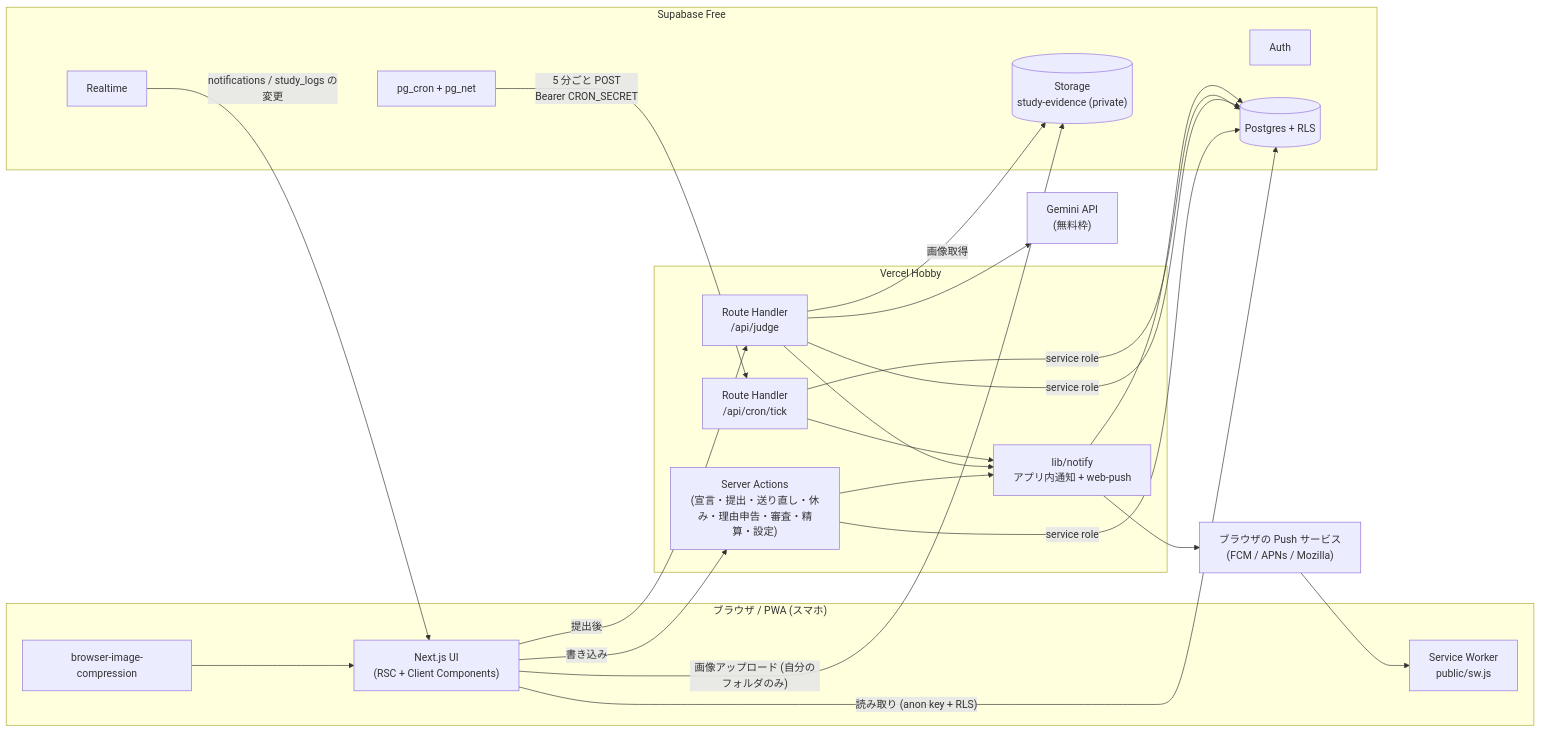
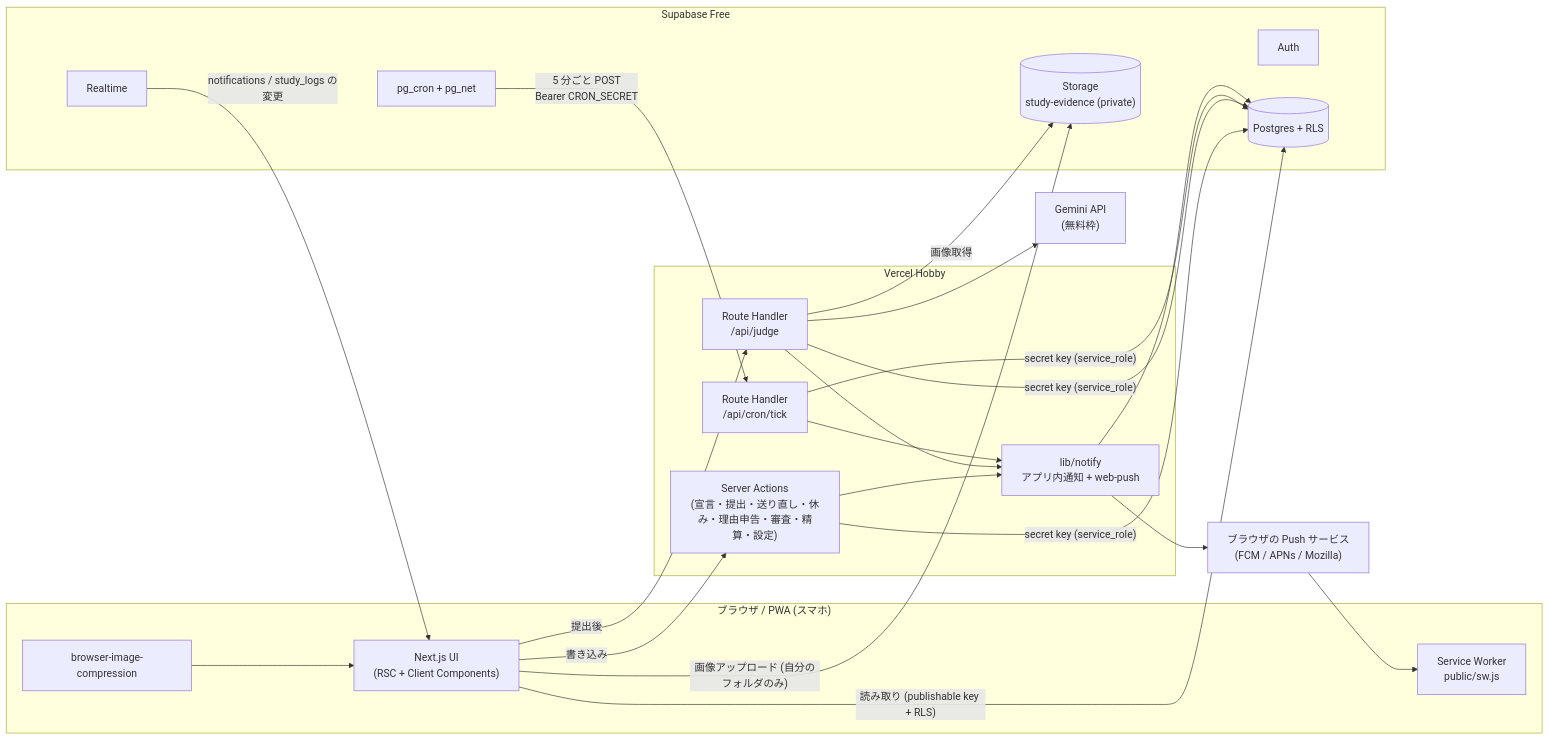
One commit to ashilal1/force-study-app changed the first of 6 diagrams in docs/architecture.md. Above: the diagram before and after it, drawn with Mermaid. The commit also changed other lines of this file and 26 other files, not shown here.

First line of the commit message:
feat: M1 foundation - deps, shadcn/ui, Supabase clients and proxy, schema migrations

````diff
--- a/docs/architecture.md
+++ b/docs/architecture.md
@@ -7,40 +7,40 @@
 ```mermaid
 flowchart LR
     subgraph Client["ブラウザ / PWA (スマホ)"]
         UI["Next.js UI<br/>(RSC + Client Components)"]
         SW["Service Worker<br/>public/sw.js"]
         CMP["browser-image-compression"]
     end
 
     subgraph Vercel["Vercel Hobby"]
         SA["Server Actions<br/>(宣言・提出・送り直し・休み・理由申告・審査・精算・設定)"]
         JUDGE["Route Handler<br/>/api/judge"]
         TICK["Route Handler<br/>/api/cron/tick"]
         NOTIFY["lib/notify<br/>アプリ内通知 + web-push"]
     end
 
     subgraph Supabase["Supabase Free"]
         AUTH["Auth"]
         DB[("Postgres + RLS")]
         ST[("Storage<br/>study-evidence (private)")]
         RT["Realtime"]
         CRON["pg_cron + pg_net"]
     end
 
     GEM["Gemini API<br/>(無料枠)"]
     PUSH["ブラウザの Push サービス<br/>(FCM / APNs / Mozilla)"]
 
-    UI -- "読み取り (anon key + RLS)" --> DB
+    UI -- "読み取り (publishable key + RLS)" --> DB
     UI -- "画像アップロード (自分のフォルダのみ)" --> ST
     CMP --> UI
     UI -- "書き込み" --> SA
     UI -- "提出後" --> JUDGE
     RT -- "notifications / study_logs の変更" --> UI
-    SA & JUDGE & TICK -- "service role" --> DB
+    SA & JUDGE & TICK -- "secret key (service_role)" --> DB
     JUDGE -- "画像取得" --> ST
     JUDGE --> GEM
     SA & JUDGE & TICK --> NOTIFY
     NOTIFY --> DB
     NOTIFY --> PUSH --> SW
     CRON -- "5 分ごと POST<br/>Bearer CRON_SECRET" --> TICK
 ```
````
